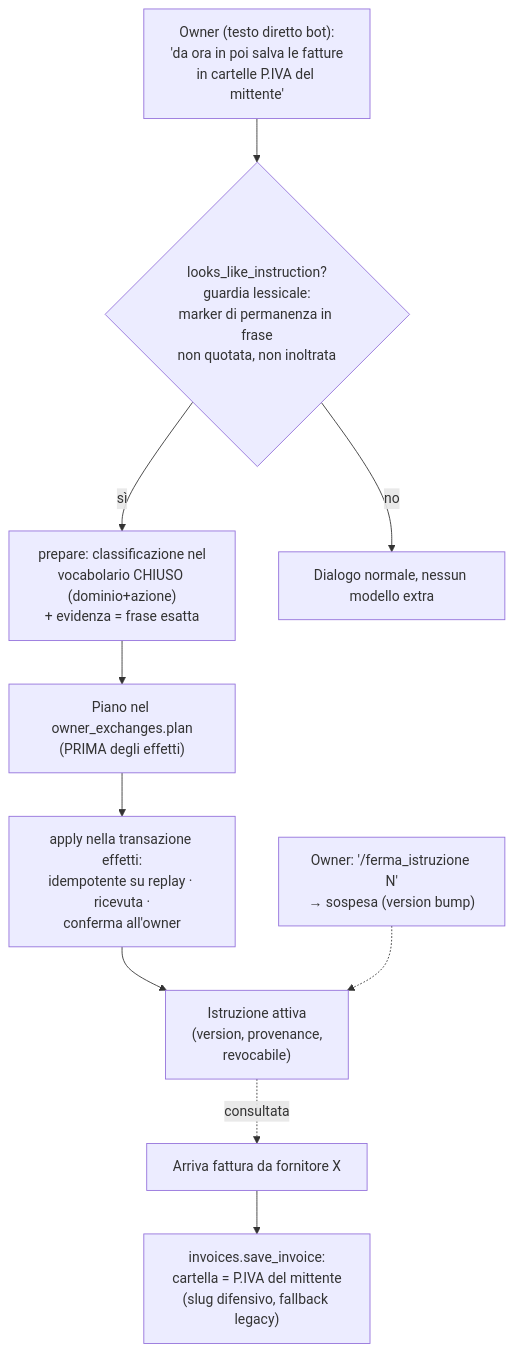
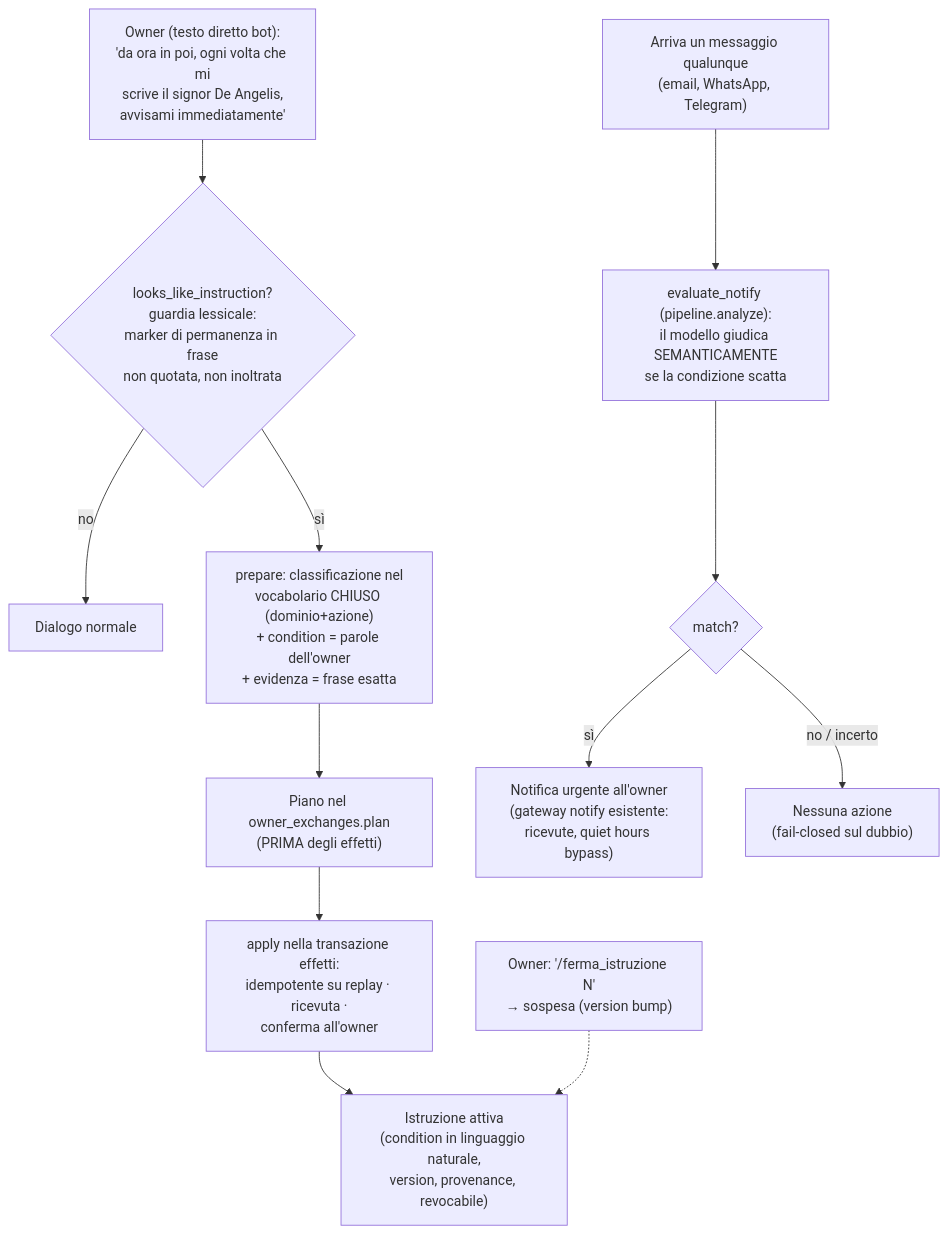
The ninth of 16 diagrams in AGENT_FLOWS.md (Hypaz-AI/p-secretary), drawn with Mermaid before and after one commit. The commit also changed other lines of this file and 9 other files, not shown here.

First line of the commit message:
feat: enhance owner instructions with semantic evaluation and new notify_on domain

````diff
--- a/AGENT_FLOWS.md
+++ b/AGENT_FLOWS.md
@@ -374,19 +375,23 @@
 ```mermaid
 flowchart TD
-    CMD["Owner (testo diretto bot):<br/>'da ora in poi salva le fatture<br/>in cartelle P.IVA del mittente'"]
+    CMD["Owner (testo diretto bot):<br/>'da ora in poi, ogni volta che mi<br/>scrive il signor De Angelis,<br/>avvisami immediatamente'"]
     GUARD{"looks_like_instruction?<br/>guardia lessicale:<br/>marker di permanenza in frase<br/>non quotata, non inoltrata"}
-    PREP["prepare: classificazione nel<br/>vocabolario CHIUSO (dominio+azione)<br/>+ evidenza = frase esatta"]
+    PREP["prepare: classificazione nel<br/>vocabolario CHIUSO (dominio+azione)<br/>+ condition = parole dell'owner<br/>+ evidenza = frase esatta"]
     PERSIST["Piano nel owner_exchanges.plan<br/>(PRIMA degli effetti)"]
     APPLY["apply nella transazione effetti:<br/>idempotente su replay · ricevuta ·<br/>conferma all'owner"]
-    ACTIVE["Istruzione attiva<br/>(version, provenance,
-    revocabile)"]
-    ARR["Arriva fattura da fornitore X"]
-    ROUTE["invoices.save_invoice:<br/>cartella = P.IVA del mittente<br/>(slug difensivo, fallback legacy)"]
+    ACTIVE["Istruzione attiva<br/>(condition in linguaggio naturale,<br/>version, provenance, revocabile)"]
+    ARR["Arriva un messaggio qualunque<br/>(email, WhatsApp, Telegram)"]
+    EVAL["evaluate_notify (pipeline.analyze):<br/>il modello giudica SEMANTICAMENTE<br/>se la condizione scatta"]
+    MATCH{"match?"}
+    NOTIFY["Notifica urgente all'owner<br/>(gateway notify esistente:<br/>ricevute, quiet hours bypass)"]
+    SKIP["Nessuna azione<br/>(fail-closed sul dubbio)"]
     REV["Owner: '/ferma_istruzione N'<br/>→ sospesa (version bump)"]
 
     CMD --> GUARD
-    GUARD -->|"no"| CHAT["Dialogo normale, nessun modello extra"]
+    GUARD -->|"no"| CHAT["Dialogo normale"]
     GUARD -->|"sì"| PREP --> PERSIST --> APPLY --> ACTIVE
-    ACTIVE -.->|"consultata"| ARR --> ROUTE
+    ARR --> EVAL --> MATCH
+    MATCH -->|"sì"| NOTIFY
+    MATCH -->|"no / incerto"| SKIP
     REV -.-> ACTIVE
 ```
````
